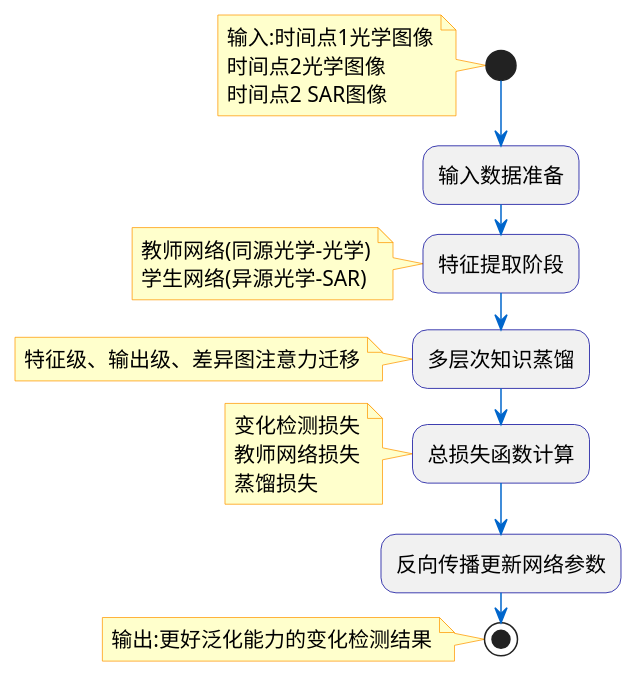
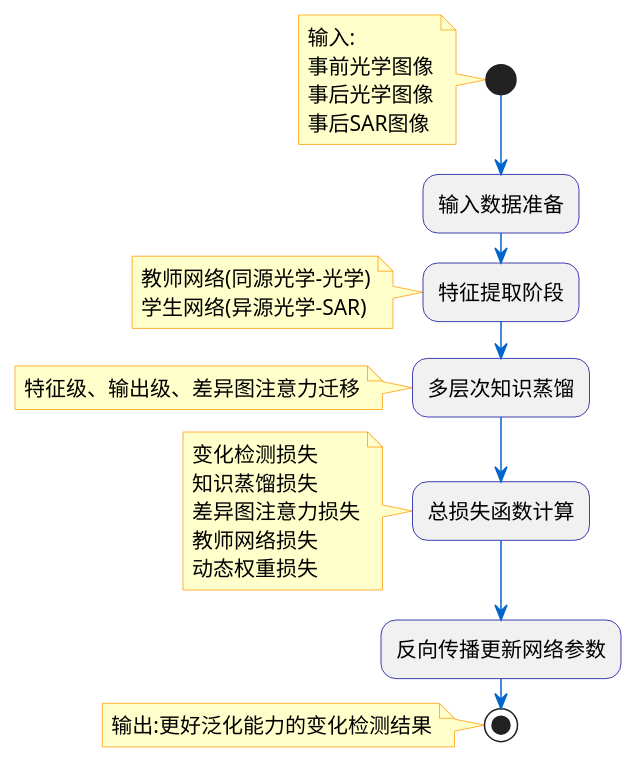
One commit to Mriris/HeteroCD-GOLD changed the diagram in doc/image/在线蒸馏/在线蒸馏流程图-简化版.puml. Above: the diagram before and after it, drawn with PlantUML. The commit also changed 7 other files, not shown here.

Commit message:
流程图模块化

```diff
--- a/doc/image/在线蒸馏/在线蒸馏流程图-简化版.puml
+++ b/doc/image/在线蒸馏/在线蒸馏流程图-简化版.puml
@@ -1,29 +1,29 @@
 @startuml 在线蒸馏流程图-简化版
 skinparam backgroundColor white
 skinparam roundcorner 20
 skinparam ArrowColor #0066CC
 skinparam ActivityBorderColor #000099
 skinparam ActivityFontSize 14
 skinparam noteBorderColor #FF9900
 skinparam noteFontSize 14
 skinparam noteBackgroundColor #FFFFCC
 
 start
-note left: 输入:时间点1光学图像\n时间点2光学图像\n时间点2 SAR图像
+note left: 输入:\n事前光学图像\n事后光学图像\n事后SAR图像
 
 :输入数据准备;
 
 :特征提取阶段;
 note left: 教师网络(同源光学-光学)\n学生网络(异源光学-SAR)
 
 :多层次知识蒸馏;
 note left: 特征级、输出级、差异图注意力迁移
 
 :总损失函数计算;
-note left: 变化检测损失\n教师网络损失\n蒸馏损失
+note left: 变化检测损失\n知识蒸馏损失\n差异图注意力损失\n教师网络损失\n动态权重损失
 
 :反向传播更新网络参数;
 
 stop
 note left: 输出:更好泛化能力的变化检测结果
 @enduml 
```
